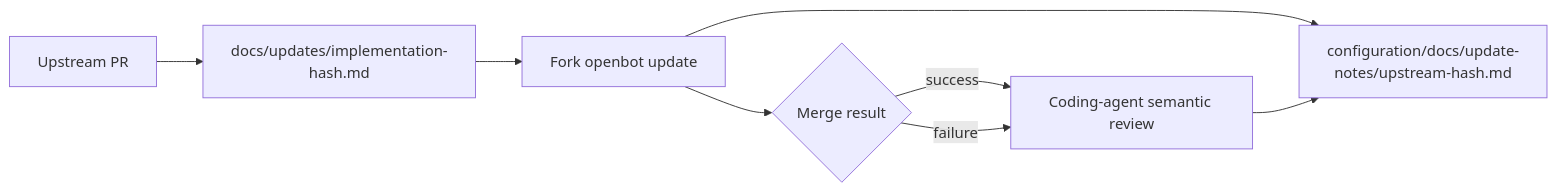
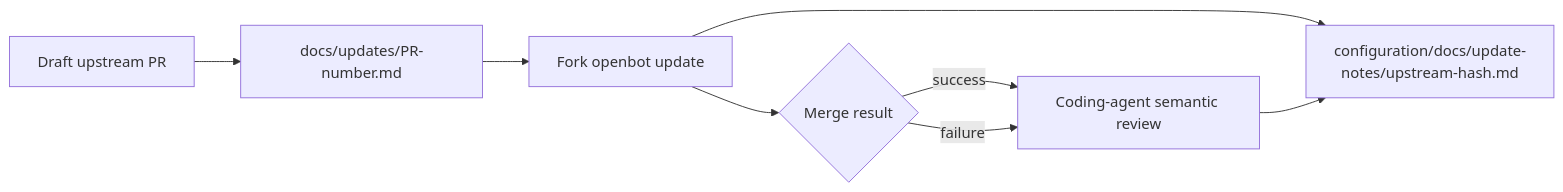
One commit to trytilde/dispatch changed the second of 2 diagrams in docs/adrs/0013-repository-bootstrap-and-fork-updates.md. Above: the diagram before and after it, drawn with Mermaid. The commit also changed other lines of this file and 3 other files, not shown here.

````diff
--- a/docs/adrs/0013-repository-bootstrap-and-fork-updates.md
+++ b/docs/adrs/0013-repository-bootstrap-and-fork-updates.md
@@ -75,10 +77,10 @@
 ```mermaid
 flowchart LR
-  P["Upstream PR"] --> D["docs/updates/implementation-hash.md"]
+  P["Draft upstream PR"] --> D["docs/updates/PR-number.md"]
   D --> F["Fork openbot update"]
   F --> N["configuration/docs/update-notes/upstream-hash.md"]
   F --> M{"Merge result"}
   M -->|"success"| A["Coding-agent semantic review"]
   M -->|"failure"| A
   A --> N
 ```
````
